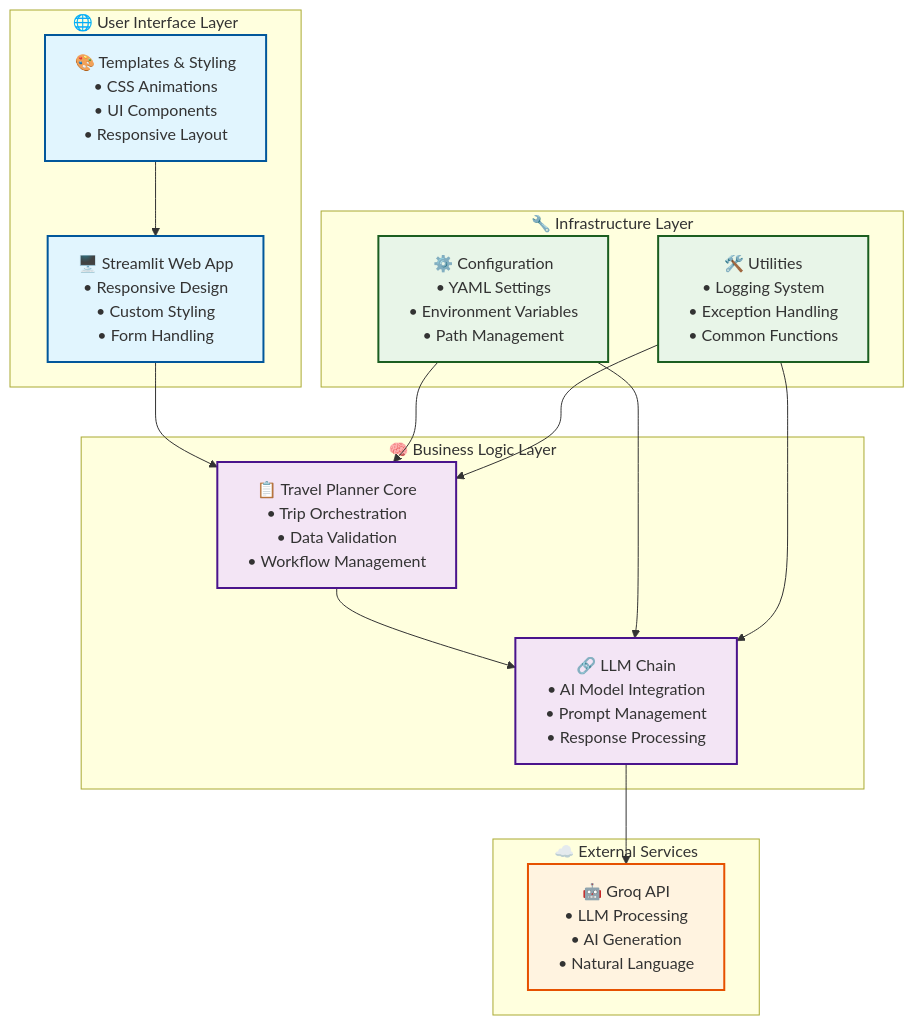
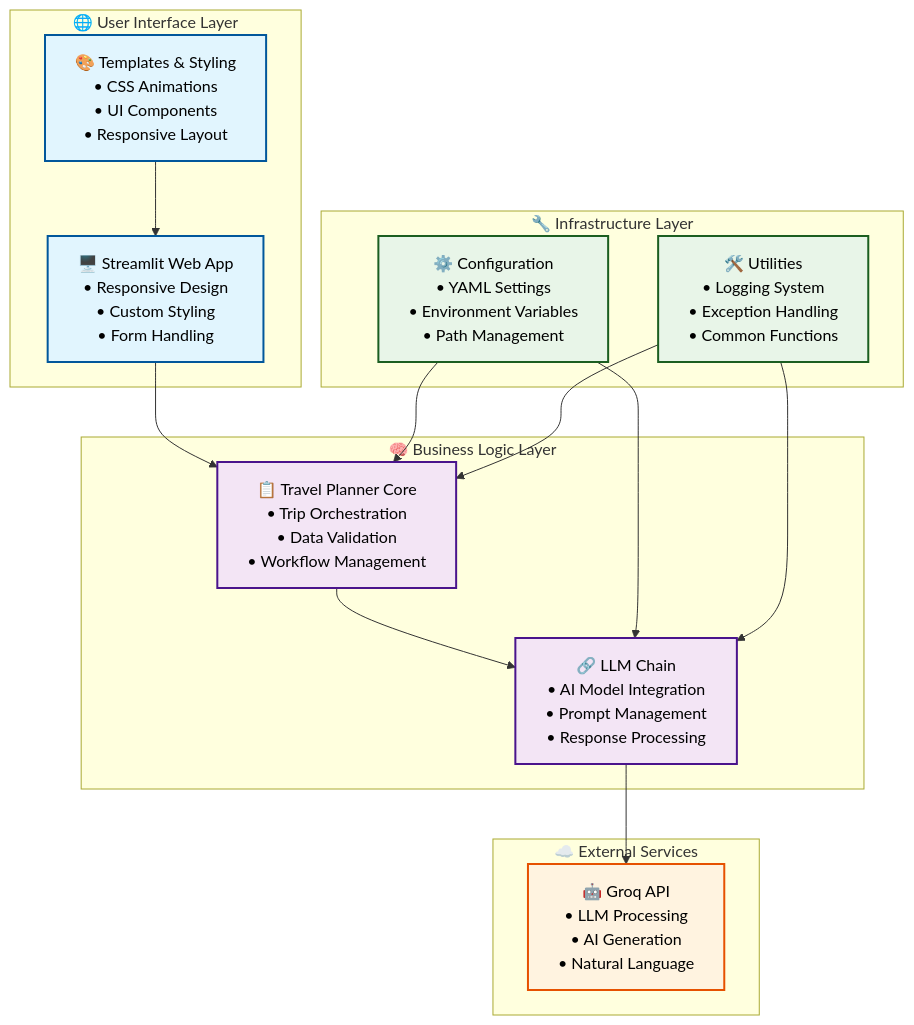
The first of 9 diagrams in HLD_Document.md (neerajprasad209/LLM-POWERED-TRAVELL_PLANNER), drawn with Mermaid before and after one commit. The commit also changed other lines of this file, not shown here.

````diff
--- a/HLD_Document.md
+++ b/HLD_Document.md
@@ -25,40 +25,40 @@
 ```mermaid
 graph TB
     subgraph "🌐 User Interface Layer"
         UI["🖥️ Streamlit Web App<br/>• Responsive Design<br/>• Custom Styling<br/>• Form Handling"]
         TEMP["🎨 Templates & Styling<br/>• CSS Animations<br/>• UI Components<br/>• Responsive Layout"]
     end
     
     subgraph "🧠 Business Logic Layer"
         PLANNER["📋 Travel Planner Core<br/>• Trip Orchestration<br/>• Data Validation<br/>• Workflow Management"]
         CHAIN["🔗 LLM Chain<br/>• AI Model Integration<br/>• Prompt Management<br/>• Response Processing"]
     end
     
     subgraph "🔧 Infrastructure Layer"
         CONFIG["⚙️ Configuration<br/>• YAML Settings<br/>• Environment Variables<br/>• Path Management"]
         UTILS["🛠️ Utilities<br/>• Logging System<br/>• Exception Handling<br/>• Common Functions"]
     end
     
     subgraph "☁️ External Services"
         GROQ["🤖 Groq API<br/>• LLM Processing<br/>• AI Generation<br/>• Natural Language"]
     end
     
     UI --> PLANNER
     PLANNER --> CHAIN
     CHAIN --> GROQ
     TEMP --> UI
     CONFIG --> PLANNER
     CONFIG --> CHAIN
     UTILS --> PLANNER
     UTILS --> CHAIN
     
-    classDef frontend fill:#e1f5fe,stroke:#01579b,stroke-width:2px
-    classDef business fill:#f3e5f5,stroke:#4a148c,stroke-width:2px
-    classDef infra fill:#e8f5e8,stroke:#1b5e20,stroke-width:2px
-    classDef external fill:#fff3e0,stroke:#e65100,stroke-width:2px
+    classDef frontend fill:#e1f5fe,stroke:#01579b,stroke-width:2px,color:#000000
+    classDef business fill:#f3e5f5,stroke:#4a148c,stroke-width:2px,color:#000000
+    classDef infra fill:#e8f5e8,stroke:#1b5e20,stroke-width:2px,color:#000000
+    classDef external fill:#fff3e0,stroke:#e65100,stroke-width:2px,color:#000000
     
     class UI,TEMP frontend
     class PLANNER,CHAIN business
     class CONFIG,UTILS infra
     class GROQ external
 ```
````
